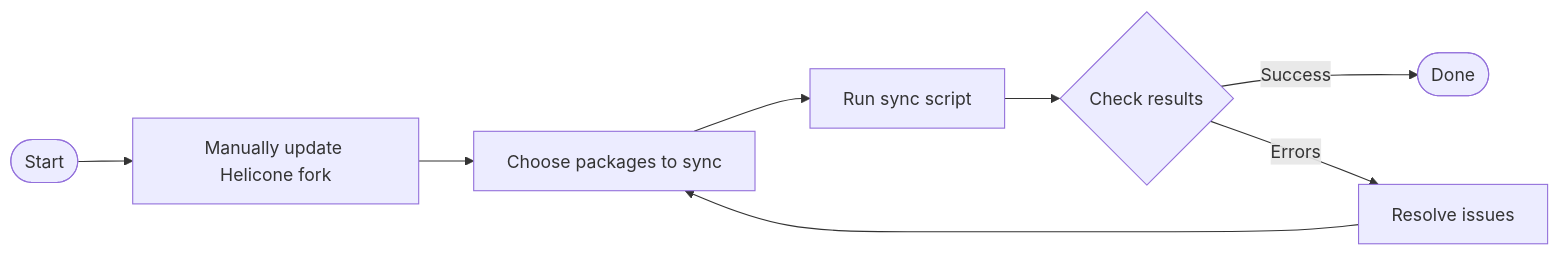
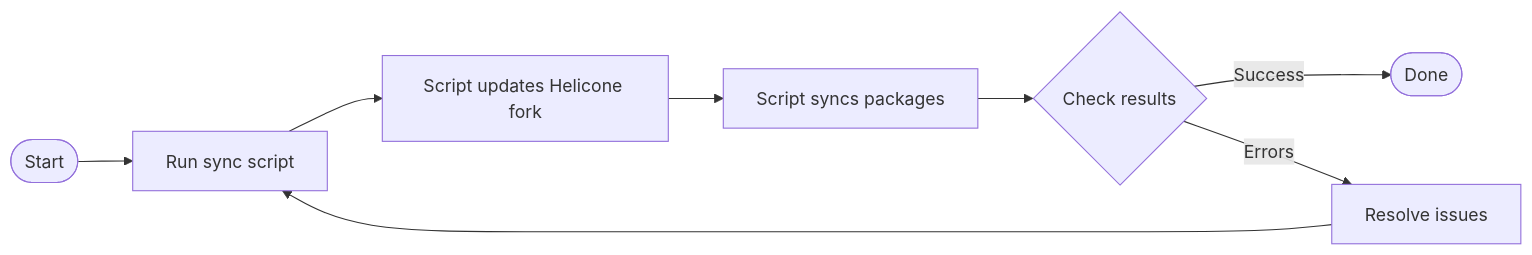
The diagram in SYNC_README.md (sparkz-development/helicone), drawn with Mermaid before and after one commit. The commit also changed other lines of this file and 1 other file, not shown here.

Commit message:
Enhance script to automatically update Helicone fork before syncing packages

````diff
--- a/SYNC_README.md
+++ b/SYNC_README.md
@@ -78,10 +57,10 @@
 ```mermaid
 flowchart LR
-    A([Start]) --> B[Manually update Helicone fork]
-    B --> C[Choose packages to sync]
-    C --> D[Run sync script]
+    A([Start]) --> B[Run sync script]
+    B --> C[Script updates Helicone fork]
+    C --> D[Script syncs packages]
     D --> E{Check results}
     E -->|Success| F([Done])
     E -->|Errors| G[Resolve issues]
-    G --> C
+    G --> B
 ```
````
